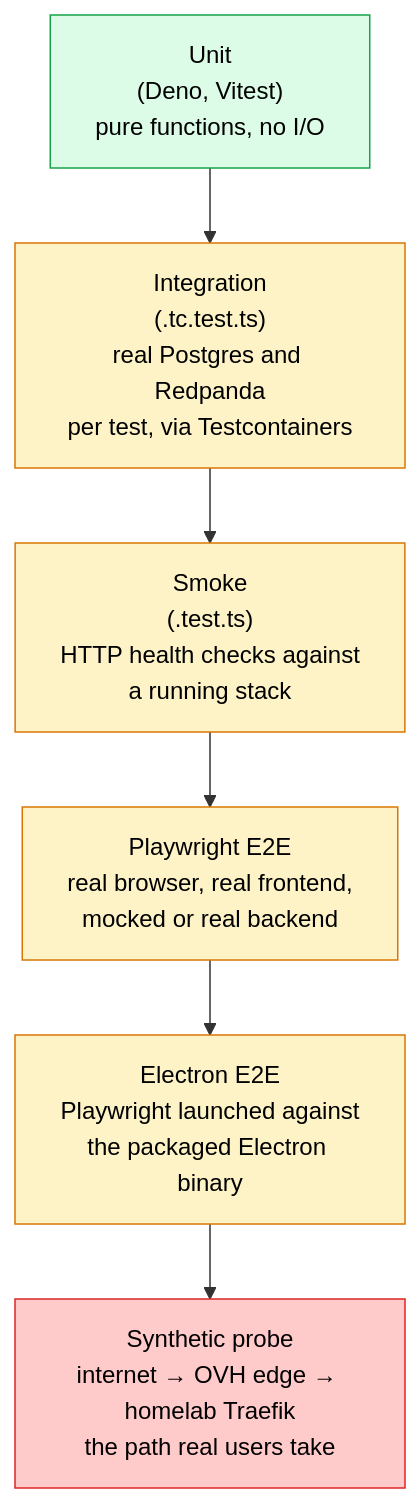
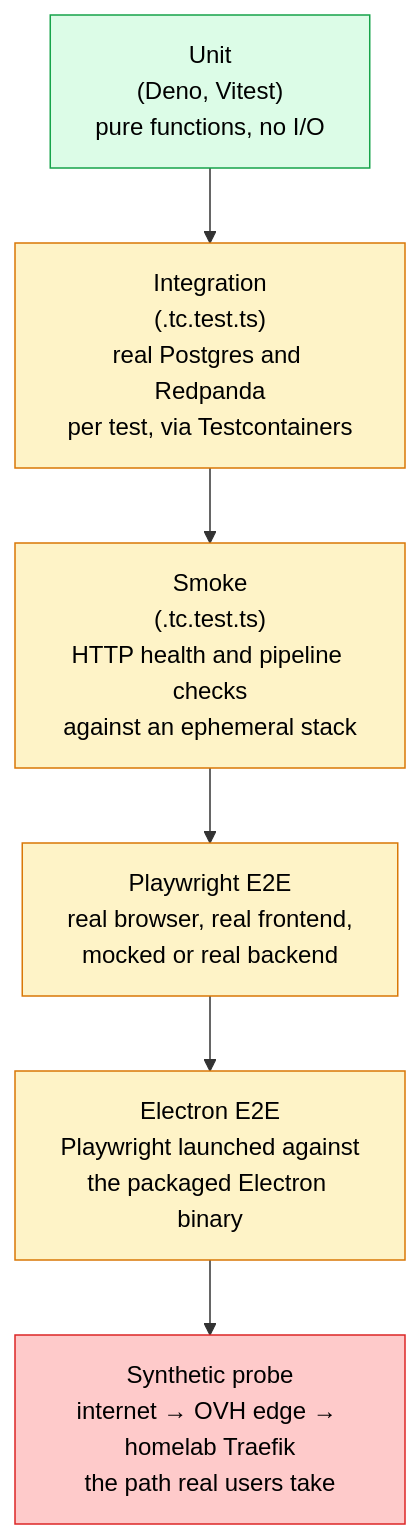
The first of 3 diagrams in docs/site/src/content/docs/development/testing/index.mdx (milesburton/veta-trading-platform), drawn with Mermaid before and after one commit. The commit also changed other lines of this file and 7 other files, not shown here.

````diff
--- a/docs/site/src/content/docs/development/testing/index.mdx
+++ b/docs/site/src/content/docs/development/testing/index.mdx
@@ -29,15 +29,15 @@
 ```mermaid
 graph TD
     UNIT["Unit<br/>(Deno, Vitest)<br/>pure functions, no I/O"]:::fast
     INT["Integration<br/>(.tc.test.ts)<br/>real Postgres and Redpanda<br/>per test, via Testcontainers"]:::mid
-    SMOKE["Smoke<br/>(.test.ts)<br/>HTTP health checks against<br/>a running stack"]:::mid
+    SMOKE["Smoke<br/>(.tc.test.ts)<br/>HTTP health and pipeline checks<br/>against an ephemeral stack"]:::mid
     PW["Playwright E2E<br/>real browser, real frontend,<br/>mocked or real backend"]:::mid
     EL["Electron E2E<br/>Playwright launched against<br/>the packaged Electron binary"]:::mid
     PROBE["Synthetic probe<br/>internet → OVH edge → homelab Traefik<br/>the path real users take"]:::slow
 
     UNIT --> INT --> SMOKE --> PW --> EL --> PROBE
 
     classDef fast fill:#dcfce7,stroke:#16a34a,color:#000
     classDef mid fill:#fef3c7,stroke:#d97706,color:#000
     classDef slow fill:#fecaca,stroke:#dc2626,color:#000
 ```
````
